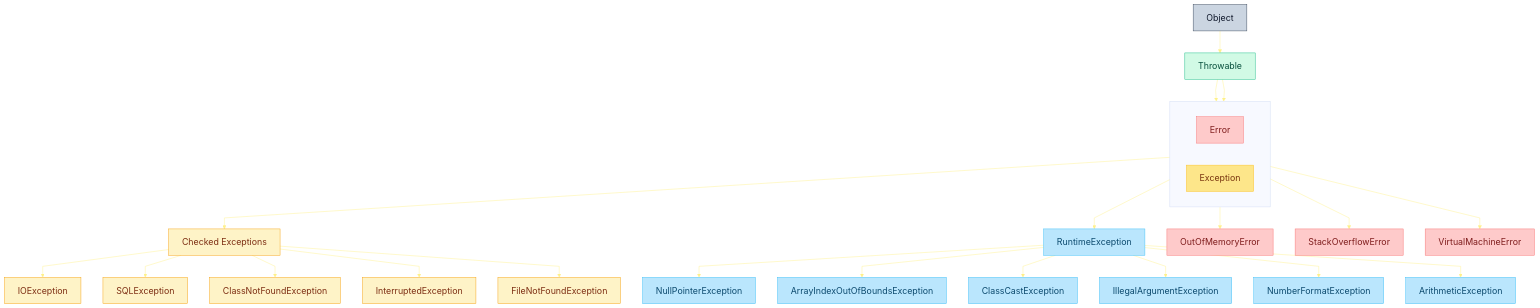
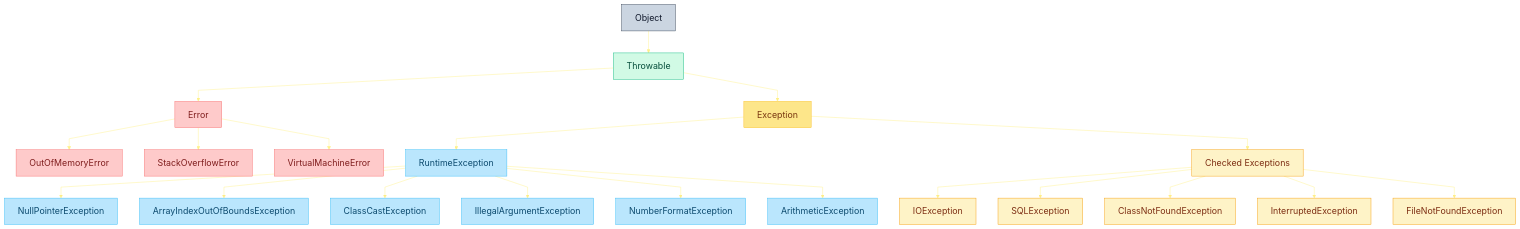
Before and after one commit to jeongmo-bae/java-daily-study: the diagram in til/2-3-exception-handling.md, drawn with Mermaid.

Commit message:
docs : upload TIL 2-3-exception-handling.md

````diff
--- a/til/2-3-exception-handling.md
+++ b/til/2-3-exception-handling.md
@@ -4,57 +4,43 @@
 ```mermaid
 %%{init:{
   "flowchart":{"curve":"linear"},
   "theme":"base",
   "themeVariables":{
     "fontSize":"20px",
     "lineColor":"#fef08a"
   }
 }}%%
 
 graph TD
-    %% 위→아래 기본 흐름
     O[Object]:::root
     O --> T[Throwable]:::throwable
+    T --> E[Error]:::error
+    T --> X[Exception]:::exception
 
-    %% 같은 높이에 Error / Exception (연결은 T->E, T->X 그대로)
-    subgraph SAME_ROW[ ]
-    direction LR
-        E[Error]:::error
-        X[Exception]:::exception
-    end
-    T --> E
-    T --> X
-
-    %% Exception 아래에 Checked 먼저, 그 아래 Runtime (연결은 X->C, X->R 그대로)
-    X --> C[Checked Exceptions]:::checked
-    X --> R[RuntimeException]:::runtime
-
-    %% 세로 폭 줄이기: 자식들은 각각 세로로 배치
-    %% Error children
     E --> E1[OutOfMemoryError]:::error
     E --> E2[StackOverflowError]:::error
     E --> E3[VirtualMachineError]:::error
 
-    %% Checked 대표 예시 (세로)
-    C --> C1[IOException]:::checked
-    C --> C2[SQLException]:::checked
-    C --> C3[ClassNotFoundException]:::checked
-    C --> C4[InterruptedException]:::checked
-    C --> C5[FileNotFoundException]:::checked
-
-    %% Runtime children (세로)
+    X --> R[RuntimeException]:::runtime
     R --> R1[NullPointerException]:::runtime
     R --> R2[ArrayIndexOutOfBoundsException]:::runtime
     R --> R3[ClassCastException]:::runtime
     R --> R4[IllegalArgumentException]:::runtime
     R --> R5[NumberFormatException]:::runtime
     R --> R6[ArithmeticException]:::runtime
 
-%% 스타일 정의 (네가 쓴 파스텔톤 유지)
+    X --> C[Checked Exceptions]:::checked
+    C --> C1[IOException]:::checked
+    C --> C2[SQLException]:::checked
+    C --> C3[ClassNotFoundException]:::checked
+    C --> C4[InterruptedException]:::checked
+    C --> C5[FileNotFoundException]:::checked
+
+%% 스타일 정의 (파스텔톤)
     classDef root fill:#cbd5e1,stroke:#334155,color:#0f172a;
     classDef throwable fill:#d1fae5,stroke:#10b981,color:#064e3b;
     classDef error fill:#fecaca,stroke:#f87171,color:#7f1d1d;
     classDef exception fill:#fde68a,stroke:#fbbf24,color:#78350f;
     classDef runtime fill:#bae6fd,stroke:#38bdf8,color:#0c4a6e;
     classDef checked fill:#fef3c7,stroke:#f59e0b,color:#7c2d12;
 ```
````
